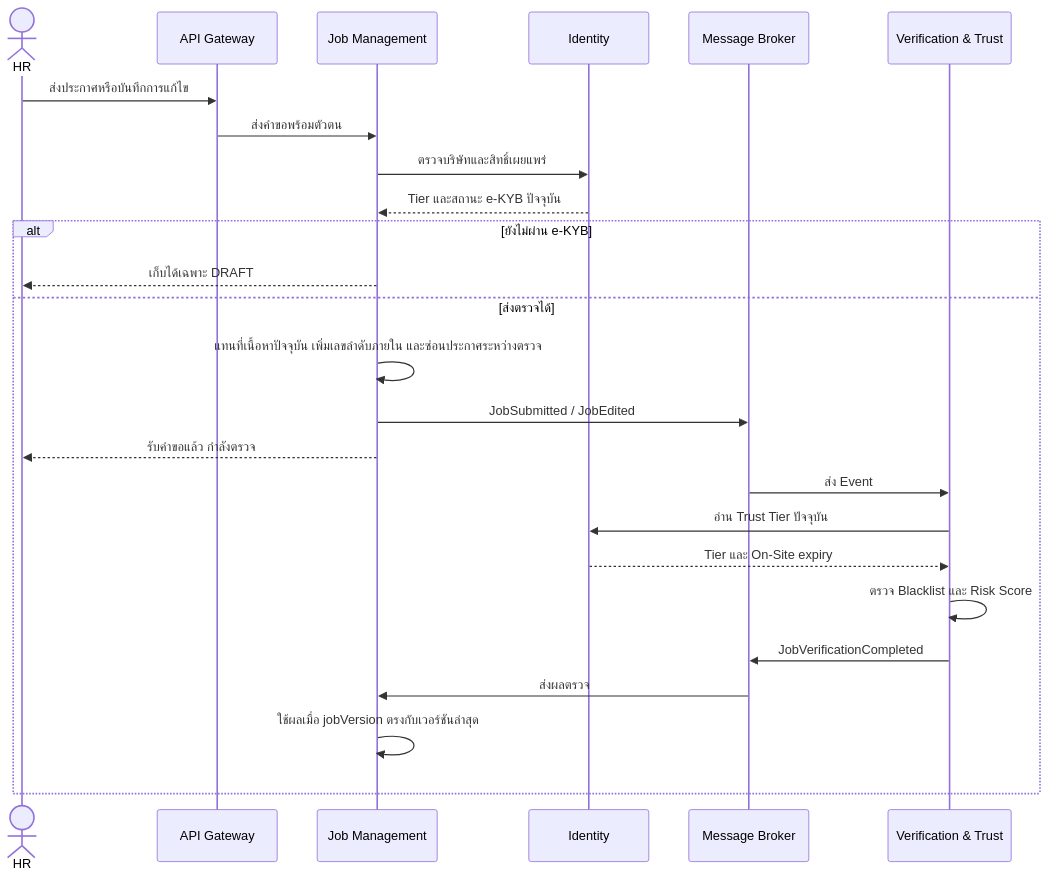
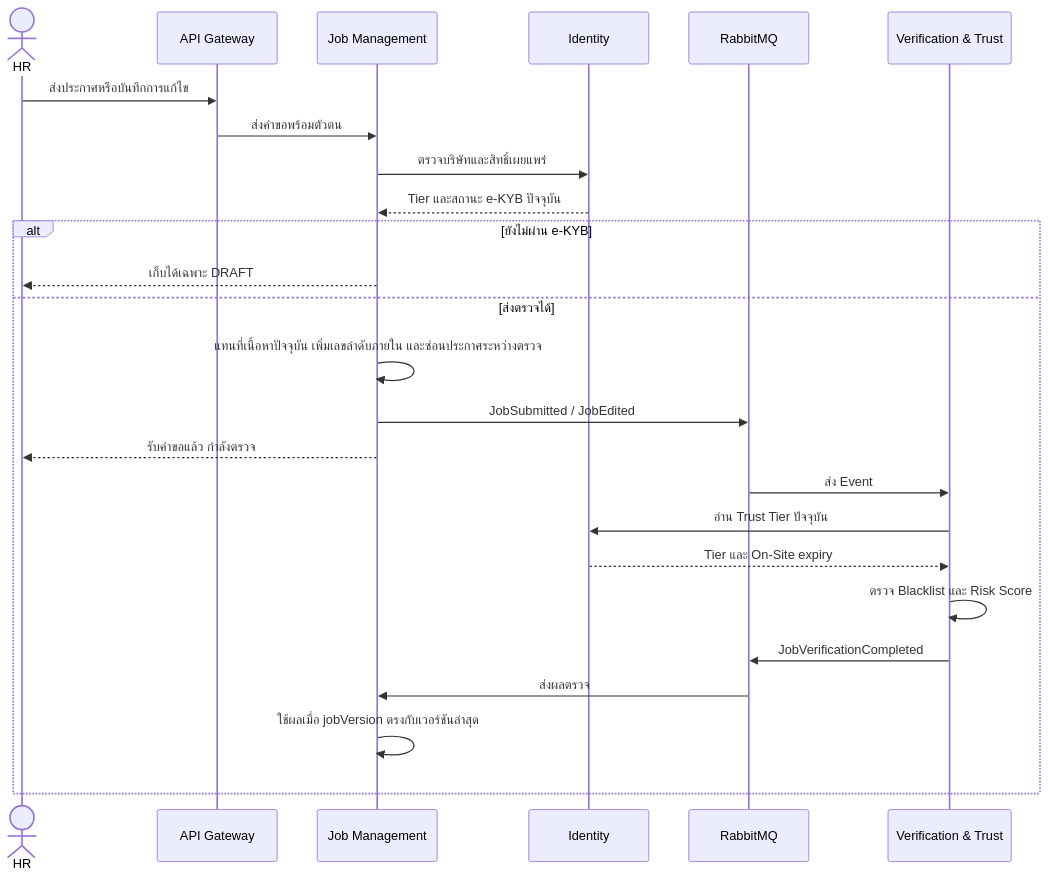
The second of 2 diagrams in docs/architecture.md (CSI-400/University-Internship-Platform), drawn with Mermaid before and after one commit. The commit also changed other lines of this file and 43 other files, not shown here.

Commit message:
docs: add system diagrams and project workspace setup

````diff
--- a/docs/architecture.md
+++ b/docs/architecture.md
@@ -60,28 +79,28 @@
 ```mermaid
 sequenceDiagram
     actor HR
     participant GW as API Gateway
     participant JOB as Job Management
     participant ID as Identity
-    participant MQ as Message Broker
+    participant MQ as RabbitMQ
     participant V as Verification & Trust
 
     HR->>GW: ส่งประกาศหรือบันทึกการแก้ไข
     GW->>JOB: ส่งคำขอพร้อมตัวตน
     JOB->>ID: ตรวจบริษัทและสิทธิ์เผยแพร่
     ID-->>JOB: Tier และสถานะ e-KYB ปัจจุบัน
     alt ยังไม่ผ่าน e-KYB
         JOB-->>HR: เก็บได้เฉพาะ DRAFT
     else ส่งตรวจได้
         JOB->>JOB: แทนที่เนื้อหาปัจจุบัน เพิ่มเลขลำดับภายใน และซ่อนประกาศระหว่างตรวจ
         JOB->>MQ: JobSubmitted / JobEdited
         JOB-->>HR: รับคำขอแล้ว กำลังตรวจ
         MQ->>V: ส่ง Event
         V->>ID: อ่าน Trust Tier ปัจจุบัน
         ID-->>V: Tier และ On-Site expiry
         V->>V: ตรวจ Blacklist และ Risk Score
         V->>MQ: JobVerificationCompleted
         MQ->>JOB: ส่งผลตรวจ
         JOB->>JOB: ใช้ผลเมื่อ jobVersion ตรงกับเวอร์ชันล่าสุด
     end
 ```
````
